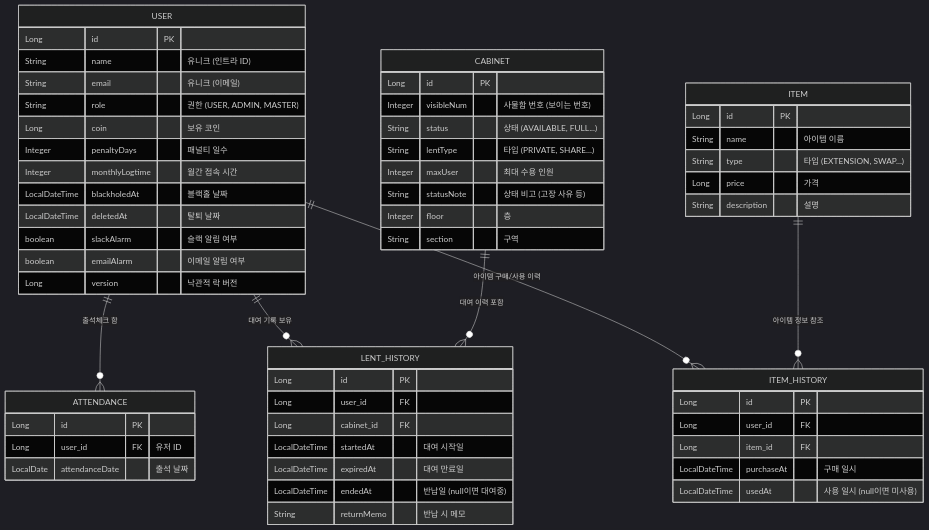
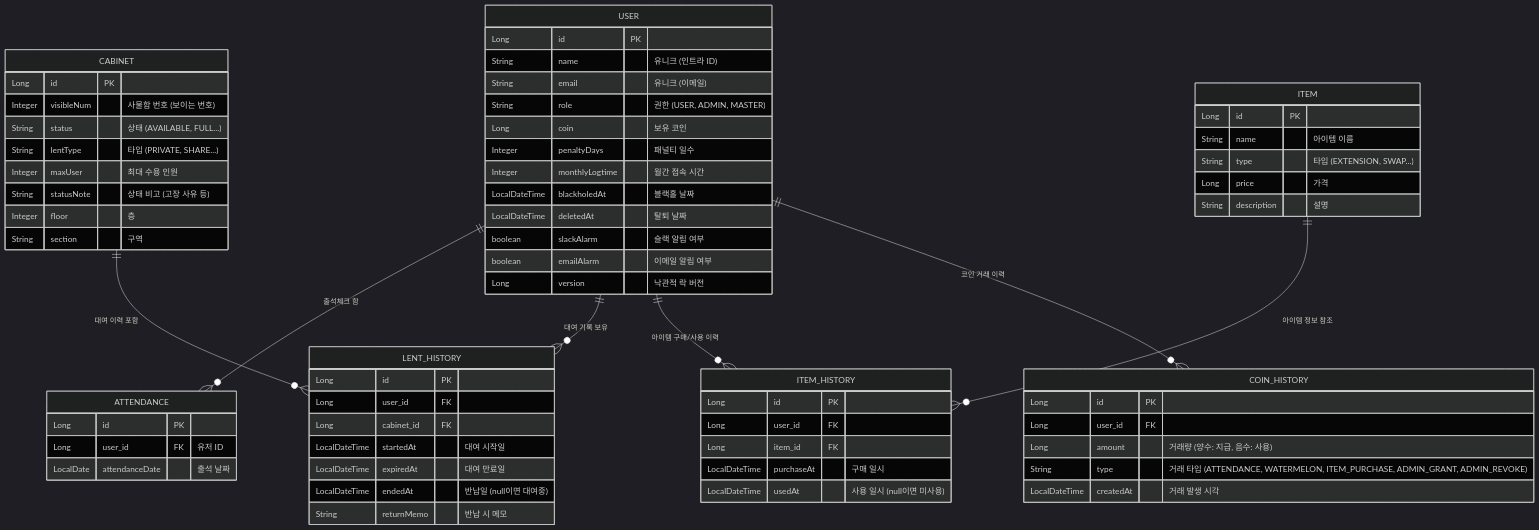
One commit to farmer0010/ft_transcendence changed the third of 7 diagrams in backend/README.md. Above: the diagram before and after it, drawn with Mermaid (dark theme). The commit also changed other lines of this file, not shown here.

Commit message:
docs: update README for CoinHistory system (Ver 5.5)\n\n- Added COIN_HISTORY entity to ERD diagram\n- Added Ver 5.5 to version history (CoinHistory & Statistics)\n- Added new admin statistics APIs to API specification\n  - GET /v4/admin/stats/coins (weekly coin flow)\n  - GET /v4/admin/stats/items (item usage + attendance/watermelon)

````diff
--- a/backend/README.md
+++ b/backend/README.md
@@ -232,6 +232,7 @@
     USER ||--o{ ATTENDANCE : "출석체크 함"
     USER ||--o{ LENT_HISTORY : "대여 기록 보유"
     USER ||--o{ ITEM_HISTORY : "아이템 구매/사용 이력"
+    USER ||--o{ COIN_HISTORY : "코인 거래 이력"
     
     CABINET ||--o{ LENT_HISTORY : "대여 이력 포함"
     
@@ -298,4 +299,12 @@
         LocalDateTime purchaseAt "구매 일시"
         LocalDateTime usedAt "사용 일시 (null이면 미사용)"
     }
+
+    COIN_HISTORY {
+        Long id PK
+        Long user_id FK
+        Long amount "거래량 (양수: 지급, 음수: 사용)"
+        String type "거래 타입 (ATTENDANCE, WATERMELON, ITEM_PURCHASE, ADMIN_GRANT, ADMIN_REVOKE)"
+        LocalDateTime createdAt "거래 발생 시각"
+    }
 ```
````
